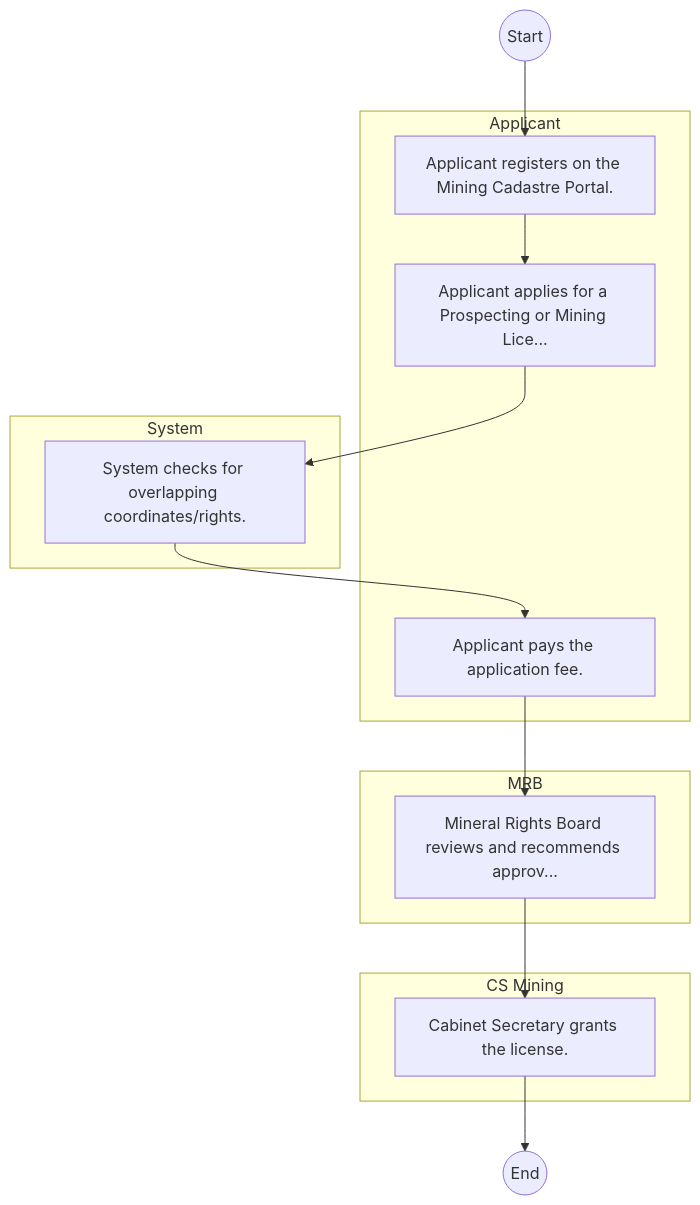
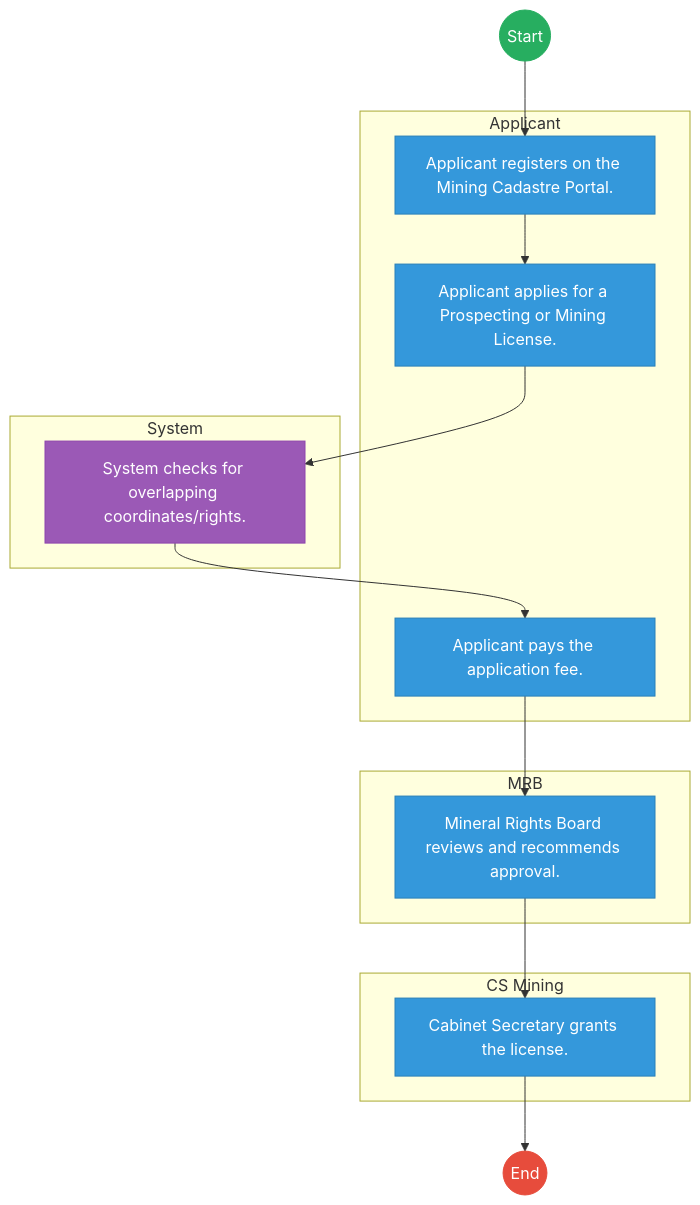
Before and after one commit to BITZ-IT-Consulting-LTD/ictapoc: the first of 2 diagrams in mdas/docs_final/Mining___Service_Delivery.md, drawn with Mermaid. The commit also changed other lines of this file and 461 other files, not shown here.

````diff
--- a/mdas/docs_final/Mining___Service_Delivery.md
+++ b/mdas/docs_final/Mining___Service_Delivery.md
@@ -20,24 +20,38 @@
 ```mermaid
 graph TD
     Start((Start)) --> S1
+
     subgraph Applicant [Applicant]
         S1["Applicant registers on the Mining Cadastre Portal."]
-        S2["Applicant applies for a Prospecting or Mining Lice..."]
+        S2["Applicant applies for a Prospecting or Mining License."]
         S4["Applicant pays the application fee."]
     end
+
     subgraph System [System]
         S3["System checks for overlapping coordinates/rights."]
     end
+
     subgraph MRB [MRB]
-        S5["Mineral Rights Board reviews and recommends approv..."]
+        S5["Mineral Rights Board reviews and recommends approval."]
     end
-    subgraph CSMining [CS Mining]
+
+    subgraph CS_Mining [CS Mining]
         S6["Cabinet Secretary grants the license."]
     end
     S1 --> S2
     S2 --> S3
     S3 --> S4
     S4 --> S5
     S5 --> S6
     S6 --> End((End))
+
+    classDef start fill:#27ae60,stroke:#27ae60,color:#fff;
+    classDef endNode fill:#e74c3c,stroke:#e74c3c,color:#fff;
+    classDef userTask fill:#3498db,stroke:#2980b9,color:#fff;
+    classDef serviceTask fill:#9b59b6,stroke:#8e44ad,color:#fff;
+
+    class Start start;
+    class End endNode;
+    class S1,S2,S4,S5,S6 userTask;
+    class S3 serviceTask;
 ```
````
